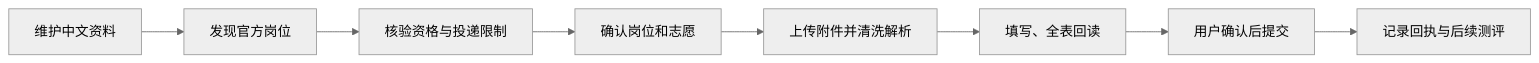
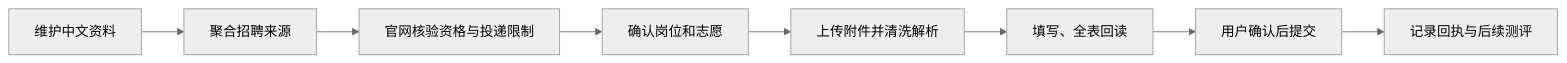
The diagram in README.md (chienchen-png/job-application-workflow), drawn with Mermaid (neutral theme) before and after one commit. The commit also changed other lines of this file and 9 other files, not shown here.

````diff
--- a/README.md
+++ b/README.md
@@ -120,10 +143,10 @@
 ```mermaid
 flowchart LR
-    A[维护中文资料] --> B[发现官方岗位]
-    B --> C[核验资格与投递限制]
+    A[维护中文资料] --> B[聚合招聘来源]
+    B --> C[官网核验资格与投递限制]
     C --> D[确认岗位和志愿]
     D --> E[上传附件并清洗解析]
     E --> F[填写、全表回读]
     F --> G[用户确认后提交]
     G --> H[记录回执与后续测评]
 ```
````
